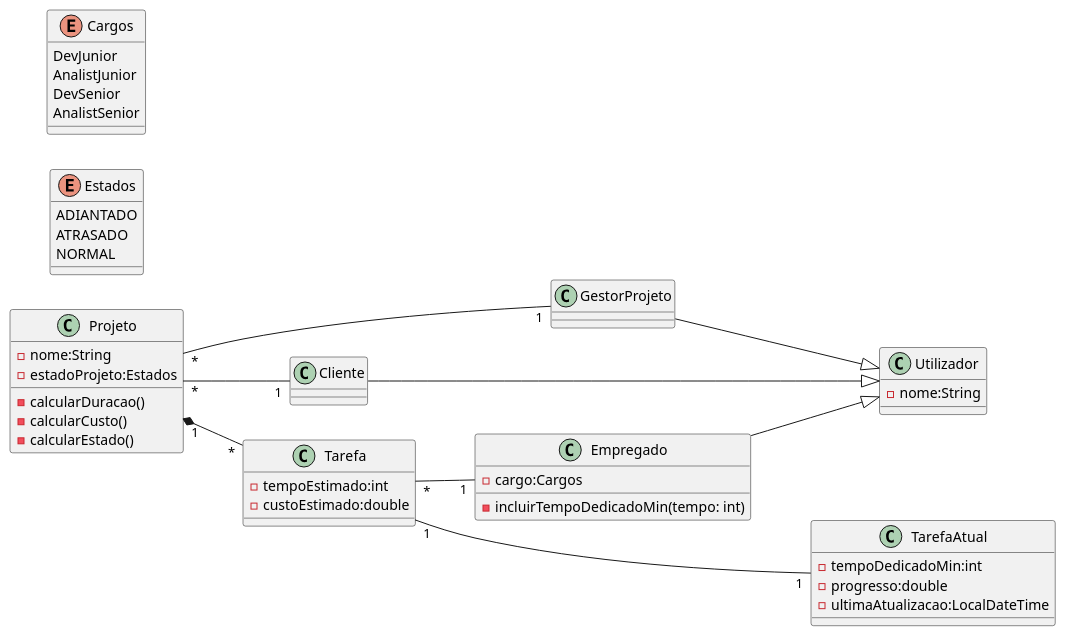
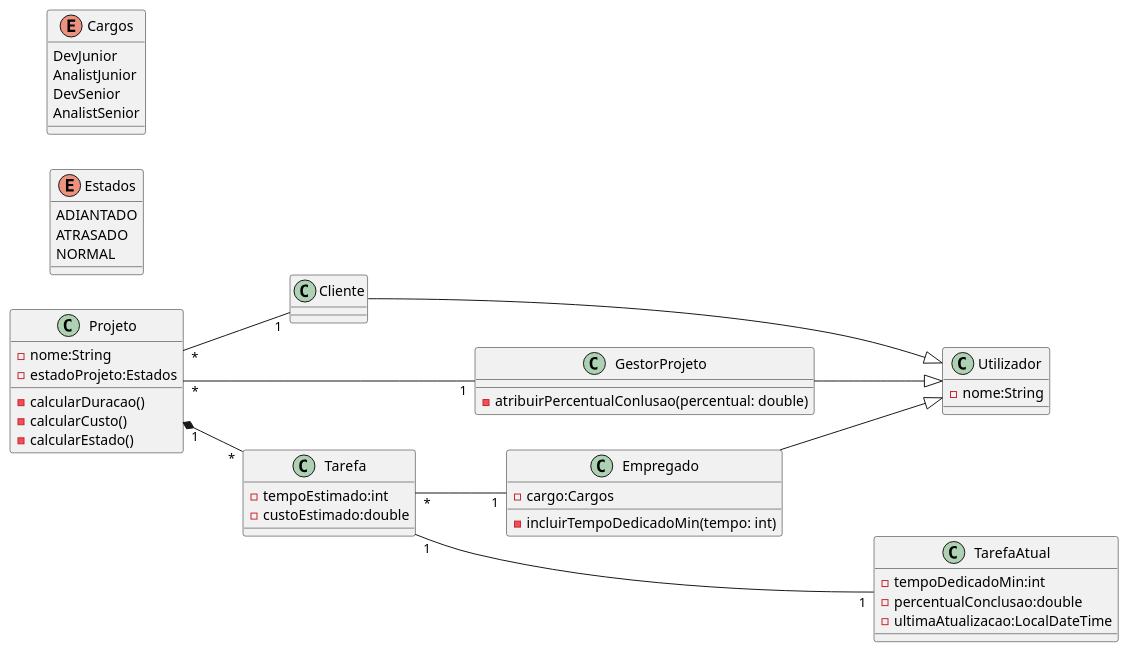
One commit to PedroAlmeidacode/SGP-WebService changed the diagram in Diagrama de Classes/newmodel.puml. Above: the diagram before and after it, drawn with PlantUML. The commit also changed 1 other file, not shown here.

Commit message:
class diagram

```diff
--- a/Diagrama de Classes/newmodel.puml
+++ b/Diagrama de Classes/newmodel.puml
@@ -1,58 +1,59 @@
 @startuml
 left to right direction
 
 class Projeto{
 	- nome:String
 	- estadoProjeto:Estados 
 	- calcularDuracao()
 	- calcularCusto()
 	- calcularEstado()
+}
+
+
+class Utilizador{
+    - nome:String
+}
+
+class Empregado{
+	- cargo:Cargos
+ 	- incluirTempoDedicadoMin(tempo: int)
+}
+
+class GestorProjeto{
+	 - atribuirPercentualConlusao(percentual: double)
+}
+
+class Tarefa{
+	- tempoEstimado:int 
+	- custoEstimado:double
+}
+
+class TarefaAtual{
+	- tempoDedicadoMin:int 
+	- percentualConclusao:double     
+	- ultimaAtualizacao:LocalDateTime
 }
 
 enum Estados{
 	ADIANTADO
 	ATRASADO
 	NORMAL
 }
 
 enum Cargos{
 	DevJunior
 	AnalistJunior
 	DevSenior
 	AnalistSenior
 }
 
-class Utilizador{
-    - nome:String
-}
-
-class Empregado{
-	- cargo:Cargos
- 	- incluirTempoDedicadoMin(tempo: int)
-}
-
-class Cliente{
-	
-}
-
-class Tarefa{
-	- tempoEstimado:int 
-	- custoEstimado:double
-}
-
-class TarefaAtual{
-	- tempoDedicadoMin:int 
-	- progresso:double     
-	- ultimaAtualizacao:LocalDateTime
-}
-
 Empregado --|> Utilizador
 GestorProjeto --|> Utilizador
 Cliente --|> Utilizador
 Tarefa "1" --- "1" TarefaAtual
 Projeto "*" --- "1" GestorProjeto
 Projeto "*" -- "1" Cliente
 Tarefa "*" -- "1" Empregado
 Projeto "1"  *-- "*" Tarefa
 
 @enduml
```
